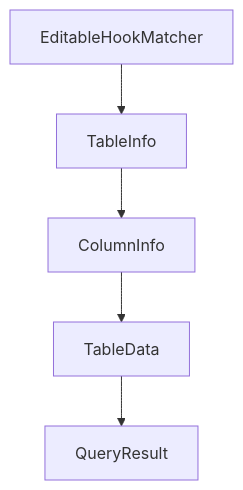
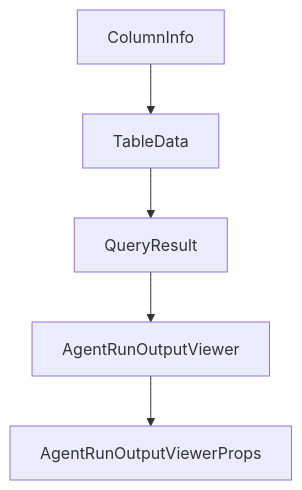
The diagram in tutorials/opcode-tutorial/04-custom-agents-and-background-runs.md (johnxie/awesome-code-docs), drawn with Mermaid before and after one commit. The commit also changed other lines of this file and 1232 other files, not shown here.

````diff
--- a/tutorials/opcode-tutorial/04-custom-agents-and-background-runs.md
+++ b/tutorials/opcode-tutorial/04-custom-agents-and-background-runs.md
@@ -217,12 +215,12 @@
 ```mermaid
 flowchart TD
-    A[EditableHookMatcher]
-    B[TableInfo]
-    C[ColumnInfo]
-    D[TableData]
-    E[QueryResult]
+    A[ColumnInfo]
+    B[TableData]
+    C[QueryResult]
+    D[AgentRunOutputViewer]
+    E[AgentRunOutputViewerProps]
     A --> B
     B --> C
     C --> D
     D --> E
 ```
````
